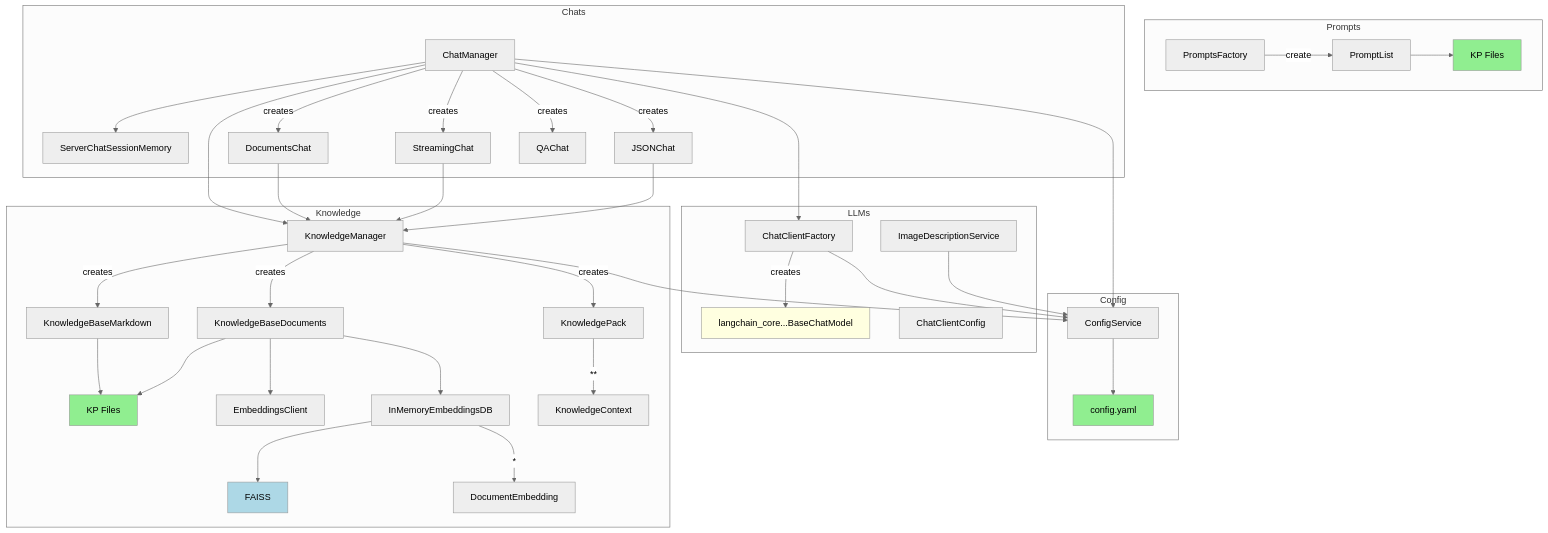
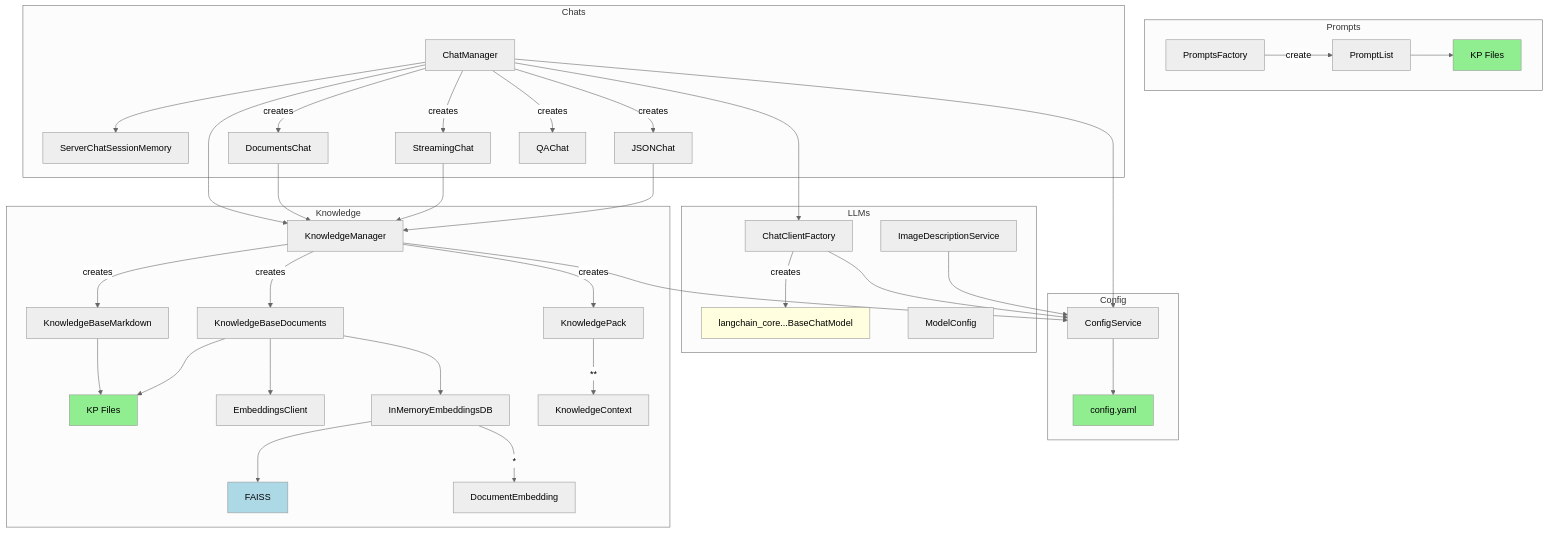
The first of 2 diagrams in docs/design.md (tw-haiven/haiven), drawn with Mermaid before and after one commit. The commit also changed 13 other files, not shown here.

First line of the commit message:
Clean-up: ChatClientConfig is now unnecessary

````diff
--- a/docs/design.md
+++ b/docs/design.md
@@ -12,68 +12,68 @@
 ```mermaid
 %%{init: {'theme': 'neutral' } }%%
 
 graph TD;
 
     subgraph Config
         ConfigService
         ConfigService --> FilesystemConfig[config.yaml]
     end
 
     subgraph LLMs
         ChatClientFactory --> |creates| BaseChatModel[langchain_core...BaseChatModel]
-        ChatClientConfig
+        ModelConfig
         ImageDescriptionService
     end
 
     ChatClientFactory --> ConfigService
 
     subgraph Knowledge
         KnowledgeManager
         KnowledgeManager --> |creates| KnowledgeBaseMarkdown
         
         KnowledgeBaseMarkdown --> FilesystemKnowledge[KP Files]
         KnowledgeManager --> |creates| KnowledgeBaseDocuments
         KnowledgeManager --> |creates| KnowledgePack
         KnowledgeBaseDocuments --> FilesystemKnowledge
         KnowledgeBaseDocuments --> EmbeddingsClient
         KnowledgeBaseDocuments --> InMemoryEmbeddingsDB
         InMemoryEmbeddingsDB --> FAISS
         
         InMemoryEmbeddingsDB --> |*| DocumentEmbedding
         KnowledgePack -->|**| KnowledgeContext
     end
 
     KnowledgeManager --> ConfigService
 
     subgraph Prompts
         PromptsFactory --> |create| PromptList
         PromptList --> FilesystemPrompts[KP Files]
     end
 
     subgraph Chats
         ChatManager
         ChatManager --> ServerChatSessionMemory
         
         ChatManager --> |creates| DocumentsChat
         ChatManager --> |creates| JSONChat
         ChatManager --> |creates| StreamingChat
         ChatManager --> |creates| QAChat
     end
 
     ChatManager --> ConfigService
     ChatManager --> ChatClientFactory
     ChatManager --> KnowledgeManager
 
     DocumentsChat --> KnowledgeManager
     StreamingChat --> KnowledgeManager
     JSONChat --> KnowledgeManager
 
     ImageDescriptionService --> ConfigService
 
     style BaseChatModel fill:lightyellow
     style FilesystemPrompts fill:lightgreen
     style FilesystemKnowledge fill:lightgreen
     style FilesystemConfig fill:lightgreen
     style FAISS fill:lightblue
     
 ```
````
